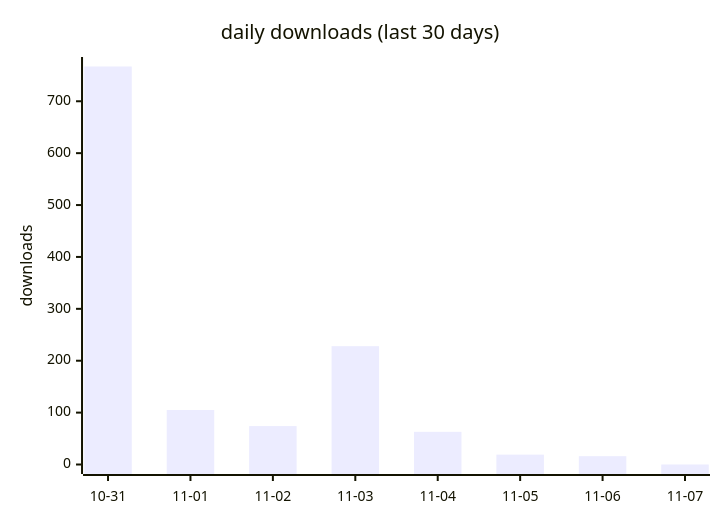
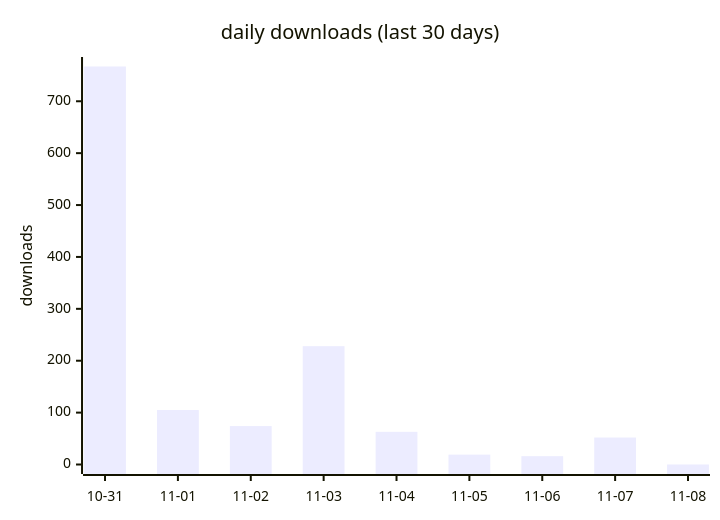
The first of 2 diagrams in docs/downloads-2026.md (terry2010/opencode-loop-recover), drawn with Mermaid before and after one commit. The commit also changed other lines of this file and 1 other file, not shown here.

````diff
--- a/docs/downloads-2026.md
+++ b/docs/downloads-2026.md
@@ -19,7 +19,7 @@
 ```mermaid
 xychart-beta
     title "daily downloads (last 30 days)"
-    x-axis ["10-31", "11-01", "11-02", "11-03", "11-04", "11-05", "11-06", "11-07"]
+    x-axis ["10-31", "11-01", "11-02", "11-03", "11-04", "11-05", "11-06", "11-07", "11-08"]
     y-axis "downloads" 0 --> 767
-    bar [767, 105, 74, 228, 63, 19, 16, 0]
+    bar [767, 105, 74, 228, 63, 19, 16, 52, 0]
 ```
````
